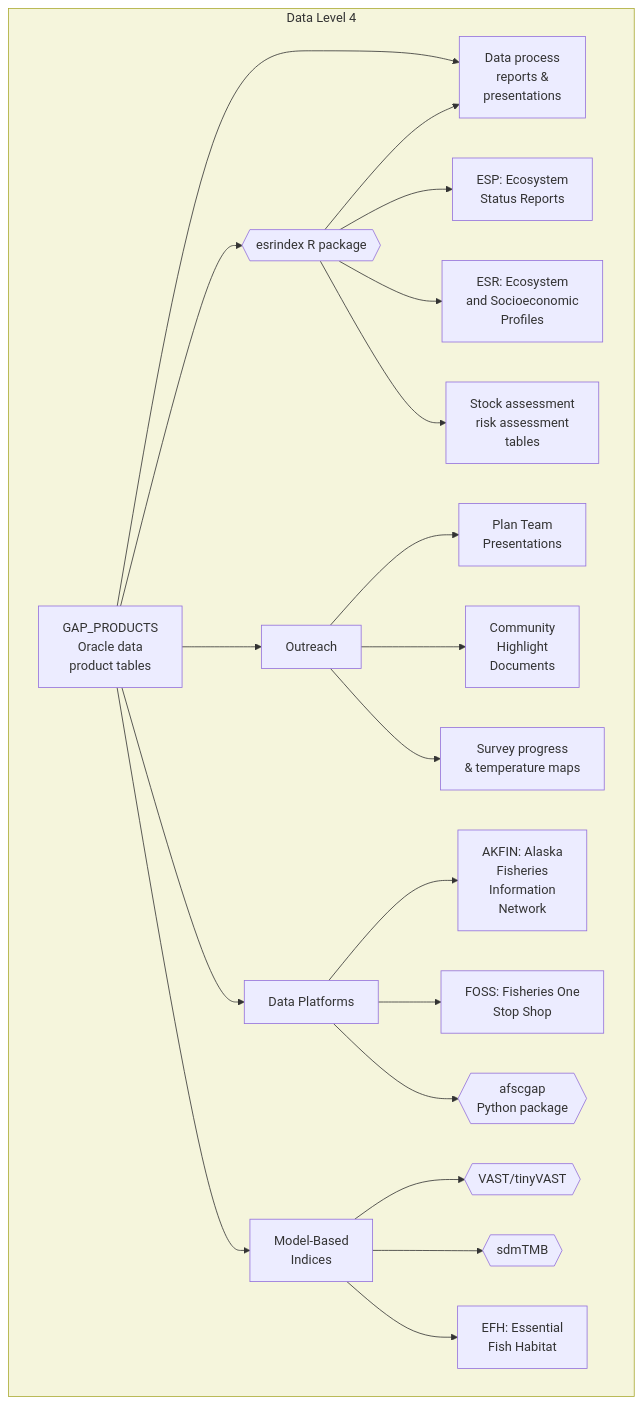
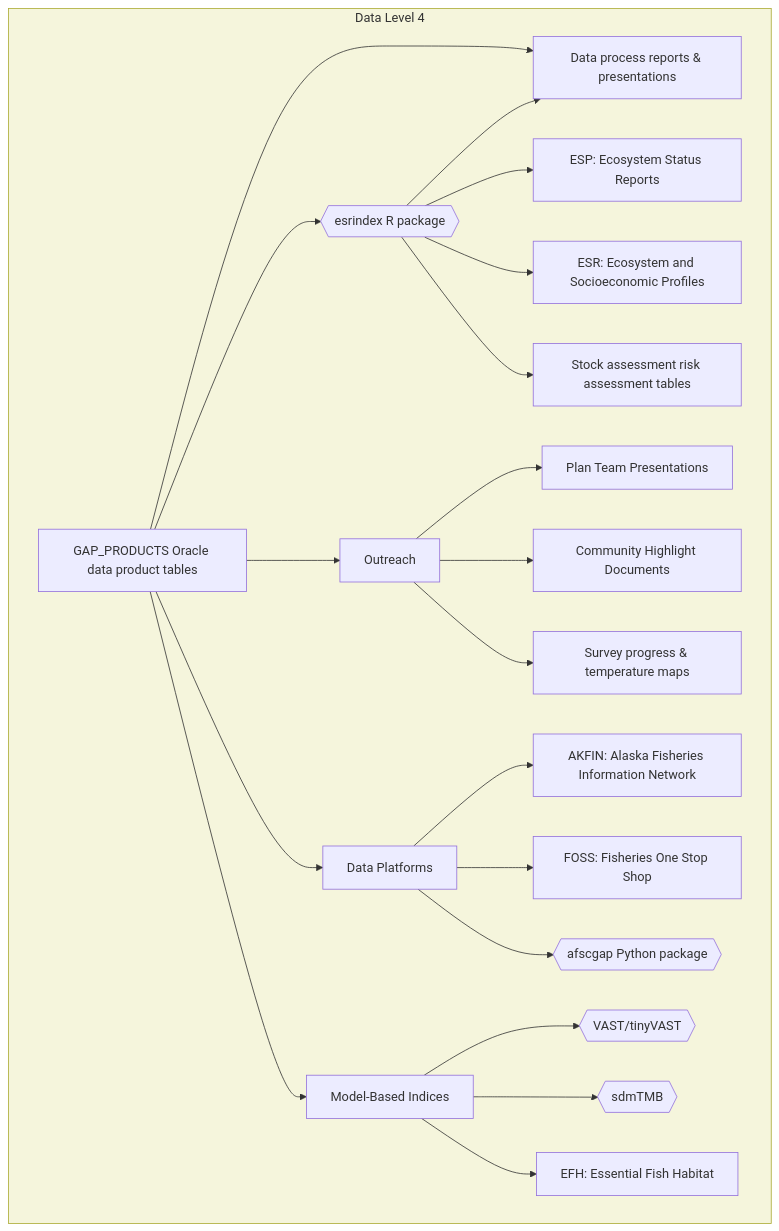
The third of 3 diagrams in content/intro-workflow.qmd (afsc-gap-products/gap_products), drawn with Mermaid before and after one commit. The commit also changed other lines of this file and 98 other files, not shown here.

Commit message:
fixed a reference.bib entry and added info on how to rerun docs to the readme and fixed typos in mermaid plots in the surveybackground qmd

````diff
--- a/content/intro-workflow.qmd
+++ b/content/intro-workflow.qmd
@@ -224,29 +224,29 @@
 ```{mermaid}
 %%| label: fig-data-used
 %%| fig-cap: "Major end-users of the GAP data product tables. "
 
 flowchart
 subgraph AA[Data Level 4]
-A[GAP_PRODUCTS\nOracle data\nproduct tables] --> C[Data process\nreports &\npresentations]
+A[GAP_PRODUCTS Oracle data product tables] --> C[Data process reports & presentations]
 A --> G3{{esrindex R package}}
-G3 --> G1[ESP: Ecosystem\nStatus Reports]
-G3 --> G2[ESR: Ecosystem\nand Socioeconomic\nProfiles]
+G3 --> G1[ESP: Ecosystem Status Reports]
+G3 --> G2[ESR: Ecosystem and Socioeconomic Profiles]
 G3 --> C
-G3 --> G4[Stock assessment\nrisk assessment\ntables]
+G3 --> G4[Stock assessment risk assessment tables]
 A --> D[Outreach]
-D --> E[Plan Team\nPresentations]
-D --> F[Community\nHighlight\nDocuments]
-D --> H[Survey progress\n& temperature maps]
+D --> E[Plan Team Presentations]
+D --> F[Community Highlight Documents]
+D --> H[Survey progress & temperature maps]
 A --> I[Data Platforms]
-I --> J[AKFIN: Alaska\nFisheries\nInformation\nNetwork]
-I --> K[FOSS: Fisheries One\nStop Shop]
-I --> L{{afscgap\nPython package}}
-A --> M[Model-Based\nIndices]
+I --> J[AKFIN: Alaska Fisheries Information Network]
+I --> K[FOSS: Fisheries One Stop Shop]
+I --> L{{afscgap Python package}}
+A --> M[Model-Based Indices]
 M --> N{{VAST/tinyVAST}}
 M --> O{{sdmTMB}}
-M --> P[EFH: Essential\nFish Habitat]
+M --> P[EFH: Essential Fish Habitat]
 F
 end
 style AA fill:beige,::
 
 ```
````
